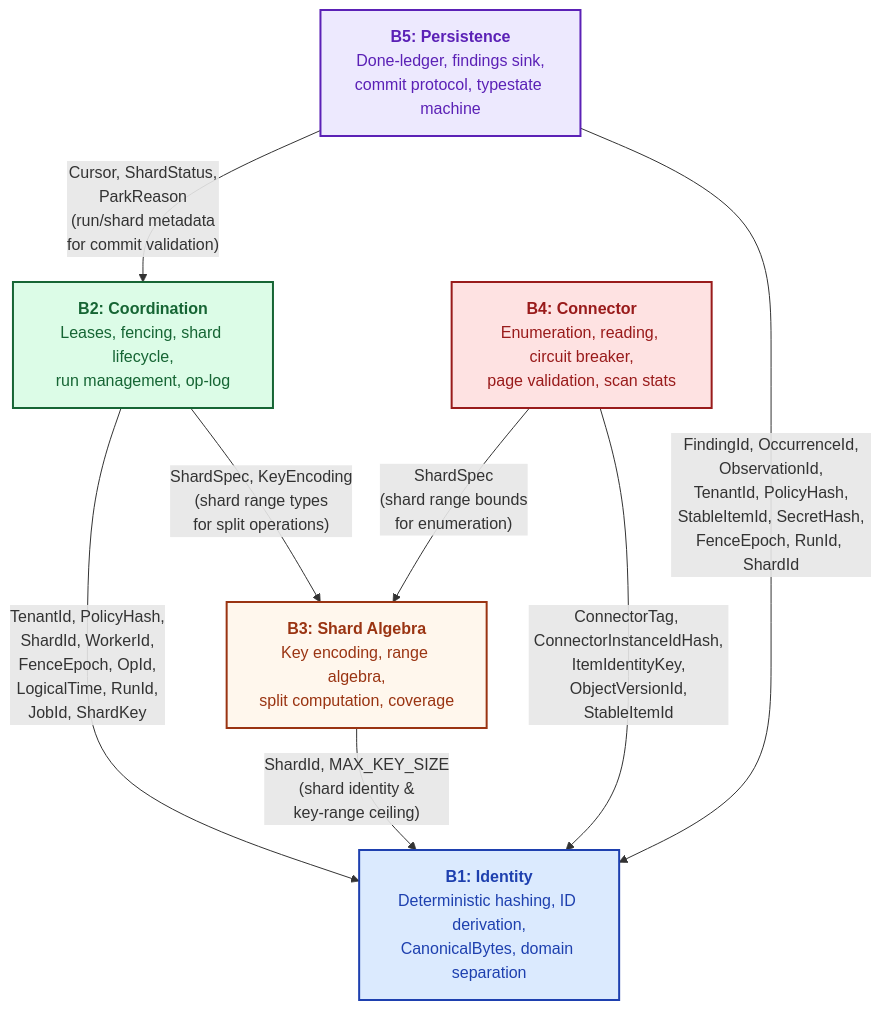
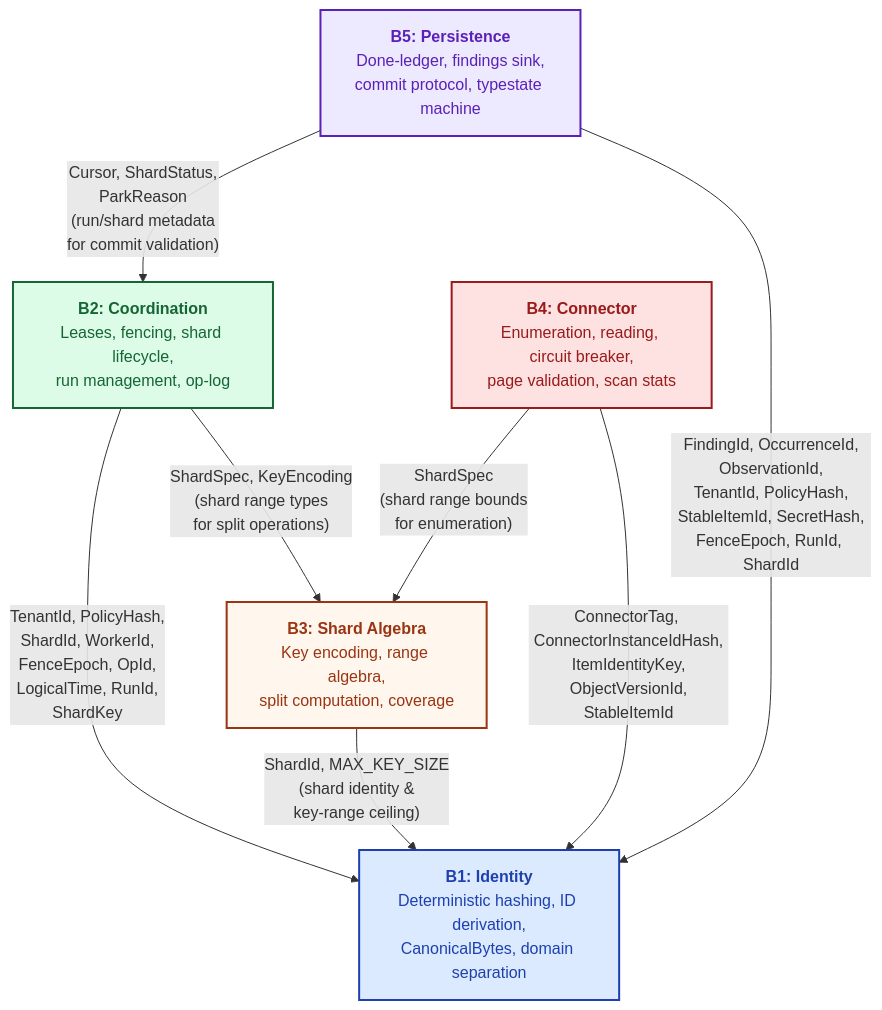
Before and after one commit to ahrav/Gossip-rs: the first of 3 diagrams in diagrams/02-boundary-dependency-graph.md, drawn with Mermaid. The commit also changed other lines of this file and 2 other files, not shown here.

Commit message:
Remove JobId from B2→B1 boundary edge and update backend.rs status

````diff
--- a/diagrams/02-boundary-dependency-graph.md
+++ b/diagrams/02-boundary-dependency-graph.md
@@ -49,25 +49,25 @@
 ```mermaid
 %% Diagram: complete-type-annotated-dag
 graph TB
     B1["<b>B1: Identity</b><br/>Deterministic hashing, ID derivation,<br/>CanonicalBytes, domain separation"]
     B2["<b>B2: Coordination</b><br/>Leases, fencing, shard lifecycle,<br/>run management, op-log"]
     B3["<b>B3: Shard Algebra</b><br/>Key encoding, range algebra,<br/>split computation, coverage"]
     B4["<b>B4: Connector</b><br/>Enumeration, reading, circuit breaker,<br/>page validation, scan stats"]
     B5["<b>B5: Persistence</b><br/>Done-ledger, findings sink,<br/>commit protocol, typestate machine"]
 
-    B2 -->|"TenantId, PolicyHash,<br/>ShardId, WorkerId,<br/>FenceEpoch, OpId,<br/>LogicalTime, RunId,<br/>JobId, ShardKey"| B1
+    B2 -->|"TenantId, PolicyHash,<br/>ShardId, WorkerId,<br/>FenceEpoch, OpId,<br/>LogicalTime, RunId,<br/>ShardKey"| B1
     B3 -->|"ShardId, MAX_KEY_SIZE<br/>(shard identity &amp;<br/>key-range ceiling)"| B1
     B4 -->|"ConnectorTag, ConnectorInstanceIdHash,<br/>ItemIdentityKey,<br/>ObjectVersionId,<br/>StableItemId"| B1
     B5 -->|"FindingId, OccurrenceId,<br/>ObservationId,<br/>TenantId, PolicyHash,<br/>StableItemId, SecretHash,<br/>FenceEpoch, RunId, ShardId"| B1
 
     B2 -->|"ShardSpec, KeyEncoding<br/>(shard range types<br/>for split operations)"| B3
     B4 -->|"ShardSpec<br/>(shard range bounds<br/>for enumeration)"| B3
 
     B5 -->|"Cursor, ShardStatus,<br/>ParkReason<br/>(run/shard metadata<br/>for commit validation)"| B2
 
     style B1 fill:#DBEAFE,stroke:#1E40AF,stroke-width:2px,color:#1E40AF
     style B2 fill:#DCFCE7,stroke:#166534,stroke-width:2px,color:#166534
     style B3 fill:#FFF7ED,stroke:#9A3412,stroke-width:2px,color:#9A3412
     style B4 fill:#FEE2E2,stroke:#991B1B,stroke-width:2px,color:#991B1B
     style B5 fill:#EDE9FE,stroke:#5B21B6,stroke-width:2px,color:#5B21B6
 ```
````
